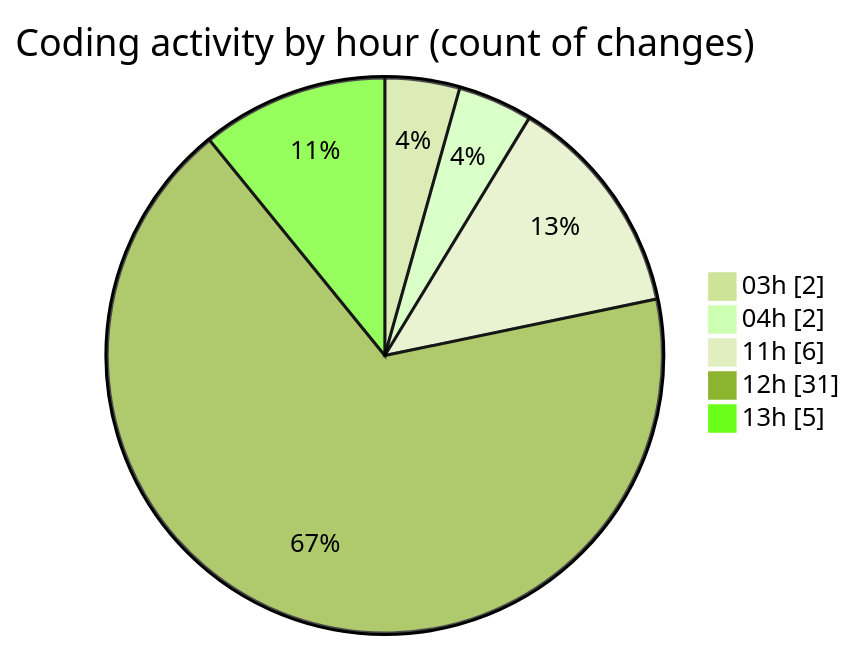
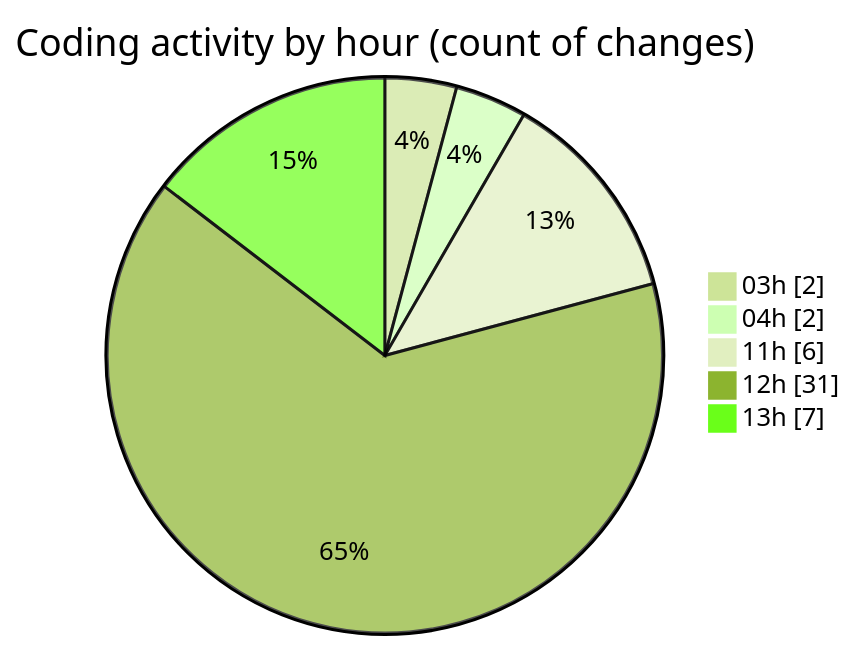
Before and after one commit to FelipKnott/code-tracking: the second of 2 diagrams in 2025-07-04/cursor/README.md, drawn with Mermaid (forest theme). The commit also changed other lines of this file and 1 other file, not shown here.

````diff
--- a/2025-07-04/cursor/README.md
+++ b/2025-07-04/cursor/README.md
@@ -45,9 +45,9 @@
 ```mermaid
 pie showData
 title Coding activity by hour (count of changes)
 "03h" : 2
 "04h" : 2
 "11h" : 6
 "12h" : 31
-"13h" : 5
+"13h" : 7
 ```
````
